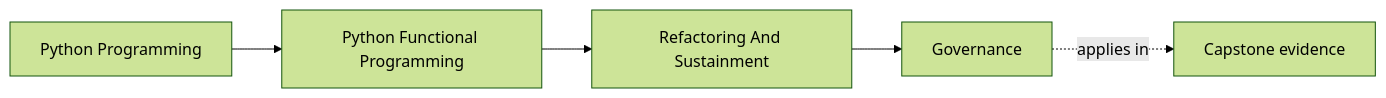
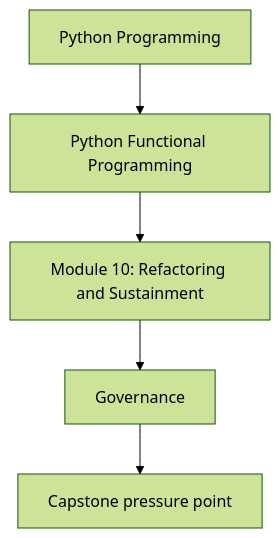
The first of 2 diagrams in programs/python-programming/python-functional-programming/course-book/module-10-refactoring-and-sustainment/governance.md (bijux/bijux-masterclass), drawn with Mermaid (forest theme) before and after one commit. The commit also changed other lines of this file and 118 other files, not shown here.

Commit message:
docs(python-functional-programming): align concept page diagrams

````diff
--- a/programs/python-programming/python-functional-programming/course-book/module-10-refactoring-and-sustainment/governance.md
+++ b/programs/python-programming/python-functional-programming/course-book/module-10-refactoring-and-sustainment/governance.md
@@ -7,11 +7,7 @@
 ```mermaid
-graph LR
-  family["Python Programming"]
-  program["Python Functional Programming"]
-  section["Refactoring And Sustainment"]
-  page["Governance"]
-  capstone["Capstone evidence"]
-
-  family --> program --> section --> page
-  page -.applies in.-> capstone
+flowchart TD
+  family["Python Programming"] --> program["Python Functional Programming"]
+  program --> module["Module 10: Refactoring and Sustainment"]
+  module --> concept["Governance"]
+  concept --> capstone["Capstone pressure point"]
 ```
````
